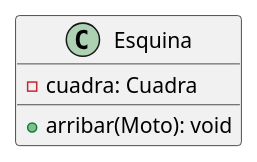
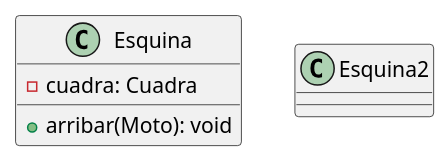
One commit to TP2Algo3FIUBA/tp2 changed the diagram in diagrams/classes/esquina.plantuml. Above: the diagram before and after it, drawn with PlantUML. The commit also changed 5 other files, not shown here.

Commit message:
Diagrama clase Vehiculo Uml

```diff
--- a/diagrams/classes/esquina.plantuml
+++ b/diagrams/classes/esquina.plantuml
@@ -1,6 +1,11 @@
 @startuml
          class Esquina {
            - cuadra: Cuadra
            + arribar(Moto): void
         }
+
+        class Esquina2{
+
+        }
+
 @enduml
```
